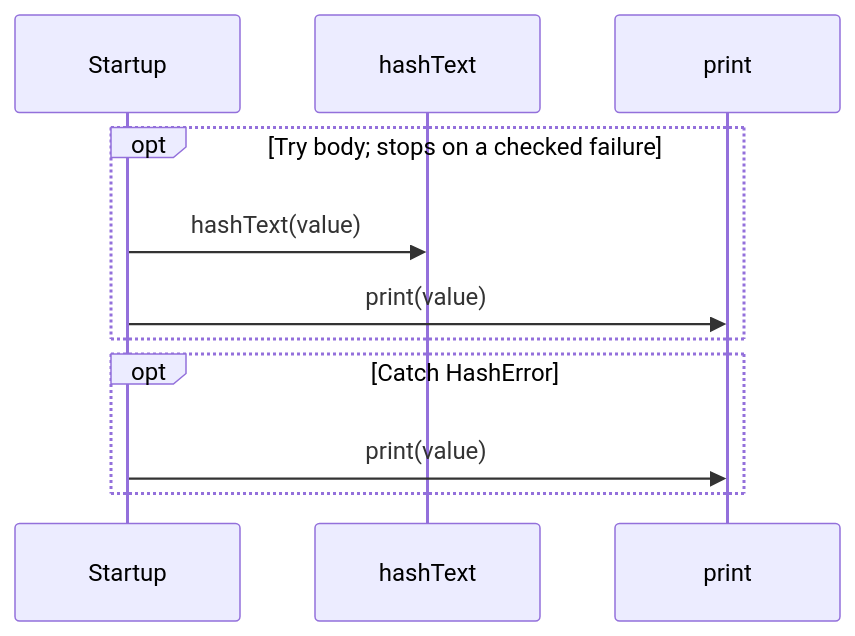
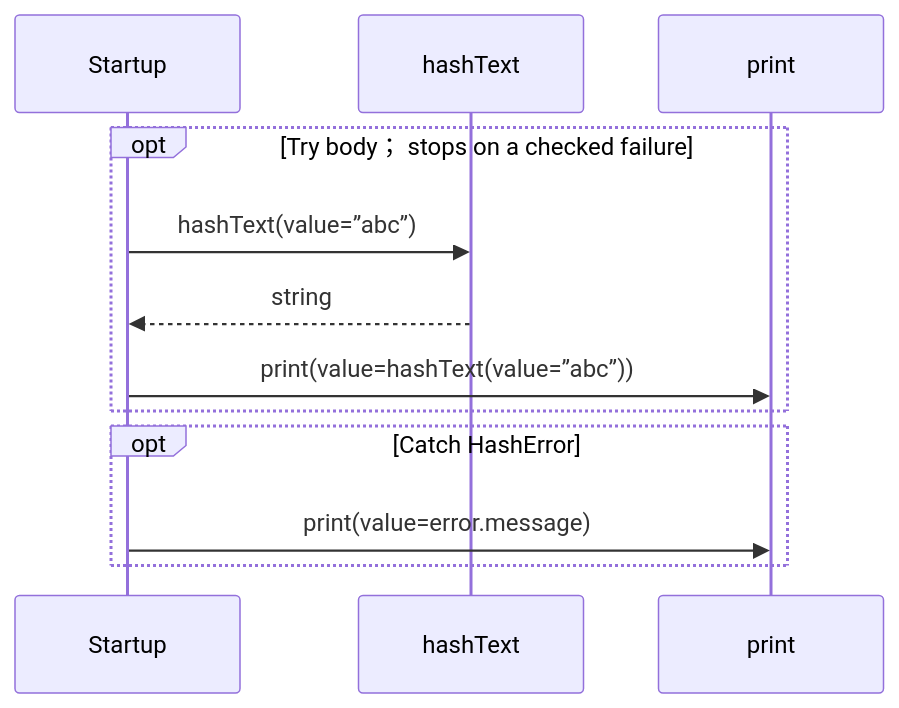
Before and after one commit to GreenPandaStudios/augscript: the second of 2 diagrams in docs/examples/native-blake3/main-diagrams.md, drawn with Mermaid. The commit also changed other lines of this file and 524 other files, not shown here.

Commit message:
Explain checked data flow at folder and service levels

````diff
--- a/docs/examples/native-blake3/main-diagrams.md
+++ b/docs/examples/native-blake3/main-diagrams.md
@@ -40,13 +39,14 @@
 ```mermaid
 sequenceDiagram
     participant p0 as Startup
     participant p1 as hashText
     participant p2 as print
-    opt Try body#59; stops on a checked failure
-    p0->>p1: hashText(value)
-    p0->>p2: print(value)
+    opt Try body； stops on a checked failure
+    p0->>p1: hashText(value=”abc”)
+    p1-->>p0: string
+    p0->>p2: print(value=hashText(value=”abc”))
     end
     opt Catch HashError
-    p0->>p2: print(value)
+    p0->>p2: print(value=error.message)
     end
 ```
````
